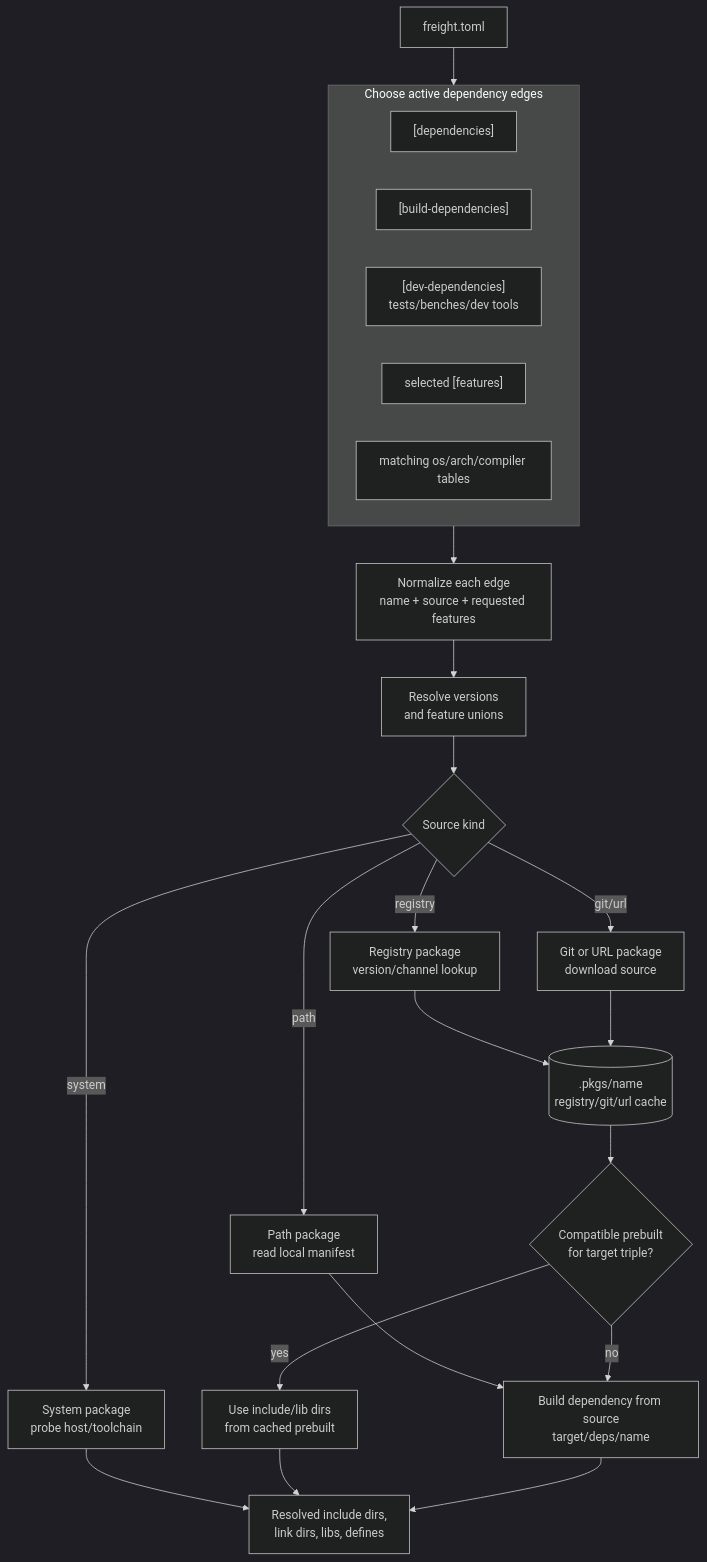
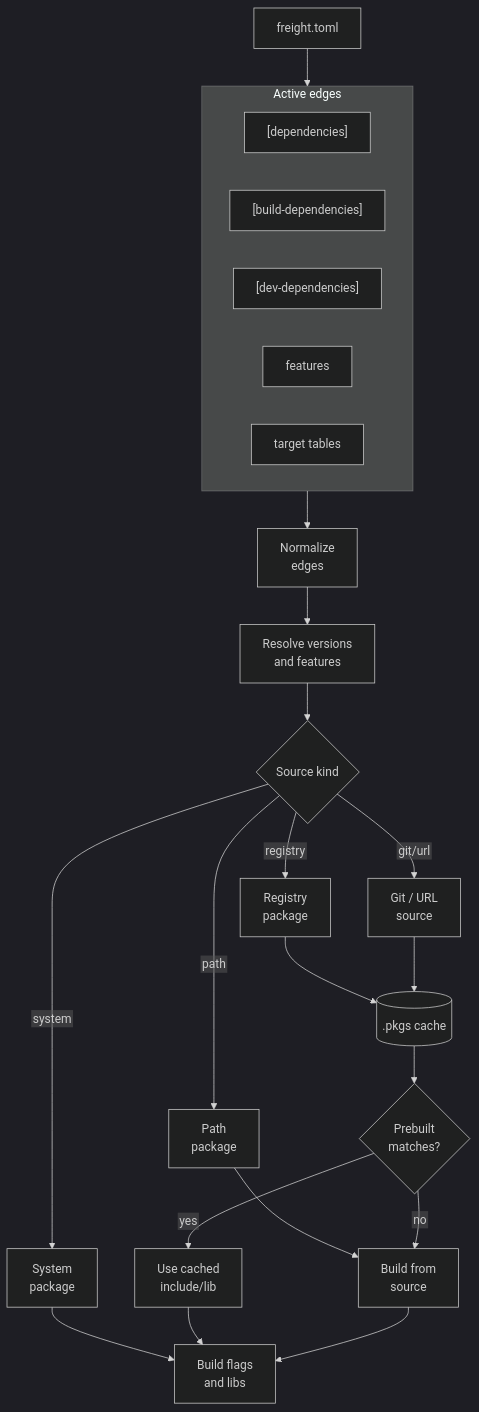
One commit to freight-app/freight-docs changed the diagram in diagrams/dependency-resolution.mmd. Above: the diagram before and after it, drawn with Mermaid (dark theme). The commit also changed 7 other files, not shown here.

Commit message:
docs: improve diagram label readability

```diff
--- a/diagrams/dependency-resolution.mmd
+++ b/diagrams/dependency-resolution.mmd
@@ -1,35 +1,36 @@
+%%{init: {"flowchart": {"htmlLabels": false}} }%%
 flowchart TD
   manifest["freight.toml"]
 
-  subgraph active["Choose active dependency edges"]
+  subgraph active["Active edges"]
     base["[dependencies]"]
     build["[build-dependencies]"]
-    dev["[dev-dependencies]<br/>tests/benches/dev tools"]
-    features["selected [features]"]
-    target["matching os/arch/compiler tables"]
+    dev["[dev-dependencies]"]
+    features["features"]
+    target["target tables"]
   end
 
-  normalize["Normalize each edge<br/>name + source + requested features"]
-  resolve["Resolve versions<br/>and feature unions"]
+  normalize["Normalize<br/>edges"]
+  resolve["Resolve versions<br/>and features"]
   source{"Source kind"}
 
-  registry["Registry package<br/>version/channel lookup"]
-  path["Path package<br/>read local manifest"]
-  giturl["Git or URL package<br/>download source"]
-  system["System package<br/>probe host/toolchain"]
+  registry["Registry<br/>package"]
+  path["Path<br/>package"]
+  giturl["Git / URL<br/>source"]
+  system["System<br/>package"]
 
-  cache[(".pkgs/name<br/>registry/git/url cache")]
-  prebuilt{"Compatible prebuilt<br/>for target triple?"}
-  usePrebuilt["Use include/lib dirs<br/>from cached prebuilt"]
-  buildSource["Build dependency from source<br/>target/deps/name"]
-  final["Resolved include dirs,<br/>link dirs, libs, defines"]
+  cache[(".pkgs cache")]
+  prebuilt{"Prebuilt<br/>matches?"}
+  usePrebuilt["Use cached<br/>include/lib"]
+  buildSource["Build from<br/>source"]
+  final["Build flags<br/>and libs"]
 
   manifest --> active
   active --> normalize --> resolve --> source
   source -- "registry" --> registry --> cache
   source -- "path" --> path --> buildSource
   source -- "git/url" --> giturl --> cache
   source -- "system" --> system --> final
   cache --> prebuilt
   prebuilt -- "yes" --> usePrebuilt --> final
   prebuilt -- "no" --> buildSource --> final
```
